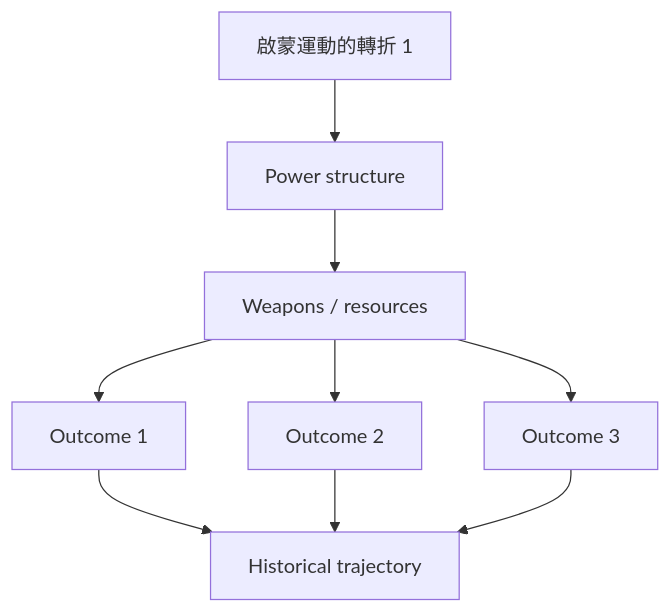
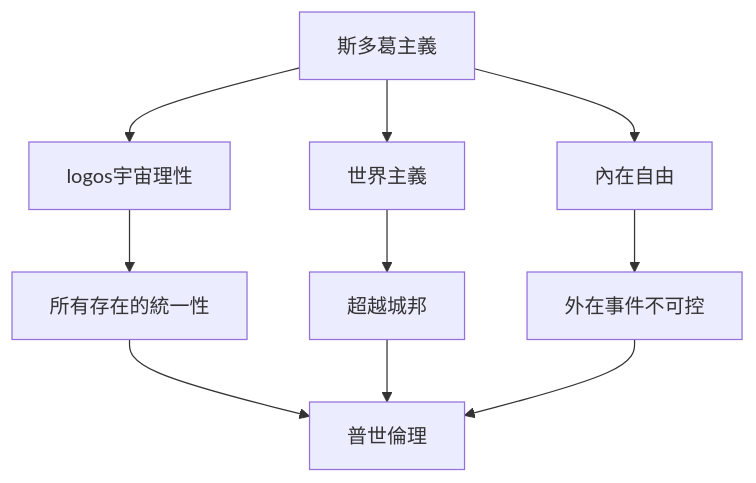
One commit to yip-lgtm/HKU-Harvard-History-Self-Study changed the third of 10 diagrams in 02_Harvard_Courses/Fall_Courses/Hist20A_Western_Intellectual_History.md. Above: the diagram before and after it, drawn with Mermaid. The commit also changed other lines of this file and 65 other files, not shown here.

````diff
--- a/02_Harvard_Courses/Fall_Courses/Hist20A_Western_Intellectual_History.md
+++ b/02_Harvard_Courses/Fall_Courses/Hist20A_Western_Intellectual_History.md
@@ -185,11 +176,12 @@
 ```mermaid
 graph TD
-    A[啟蒙運動的轉折 1] --> B[Power structure]
-    B --> C[Weapons / resources]
-    C --> D[Outcome 1]
-    C --> E[Outcome 2]
-    C --> F[Outcome 3]
-    D --> G[Historical trajectory]
-    E --> G
-    F --> G
+    A[斯多葛主義] --> B[logos宇宙理性]
+    A --> C[世界主義]
+    A --> D[內在自由]
+    B --> E[所有存在的統一性]
+    C --> F[超越城邦]
+    D --> G[外在事件不可控]
+    E --> H[普世倫理]
+    F --> H
+    G --> H
 ```
````
